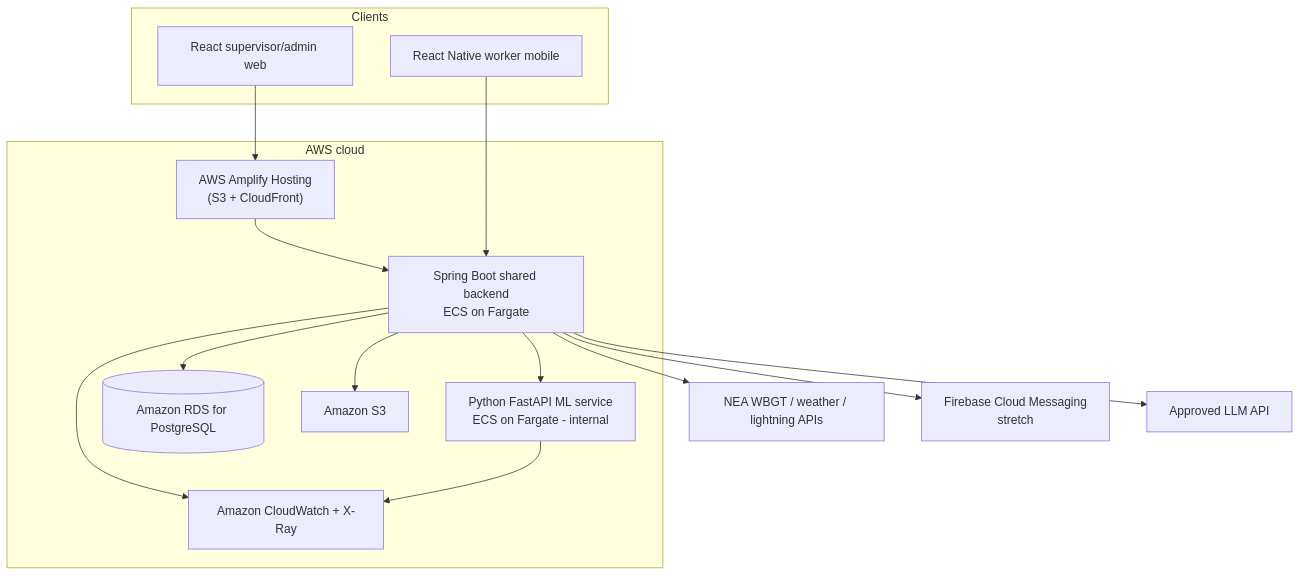
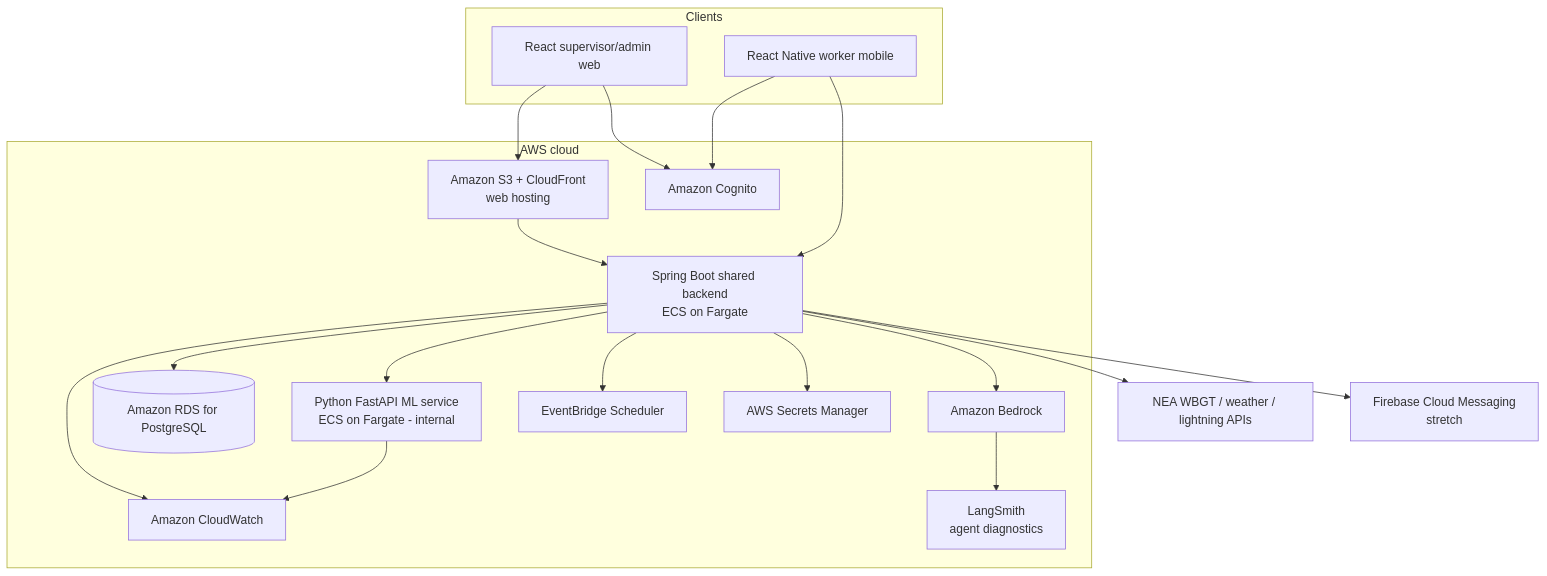
The third of 5 diagrams in WBGT-CrewSafe-SG-AD-Project-Plan.md (zctiong-iss/crewsafe), drawn with Mermaid before and after one commit. The commit also changed other lines of this file, not shown here.

````diff
--- a/WBGT-CrewSafe-SG-AD-Project-Plan.md
+++ b/WBGT-CrewSafe-SG-AD-Project-Plan.md
@@ -661,32 +681,38 @@
 ```mermaid
 flowchart TB
     subgraph Clients
         WEB["React supervisor/admin web"]
         MOB["React Native worker mobile"]
     end
 
     subgraph AWS["AWS cloud"]
-        SWA["AWS Amplify Hosting\n(S3 + CloudFront)"]
+        SWA["Amazon S3 + CloudFront\nweb hosting"]
         API["Spring Boot shared backend\nECS on Fargate"]
         ML["Python FastAPI ML service\nECS on Fargate - internal"]
         DB[("Amazon RDS for PostgreSQL")]
-        BLOB["Amazon S3"]
-        OBS["Amazon CloudWatch + X-Ray"]
+        IDP["Amazon Cognito"]
+        LLM["Amazon Bedrock"]
+        SCHED["EventBridge Scheduler"]
+        SECRETS["AWS Secrets Manager"]
+        OBS["Amazon CloudWatch"]
+        AIOBS["LangSmith\nagent diagnostics"]
     end
 
     EXT["NEA WBGT / weather / lightning APIs"]
     FCM["Firebase Cloud Messaging\nstretch"]
-    LLM["Approved LLM API"]
-
     WEB --> SWA
     SWA --> API
     MOB --> API
+    WEB --> IDP
+    MOB --> IDP
     API --> DB
-    API --> BLOB
     API --> ML
     API --> EXT
     API --> LLM
+    API --> SCHED
+    API --> SECRETS
     API --> FCM
     API --> OBS
     ML --> OBS
+    LLM --> AIOBS
 ```
````
